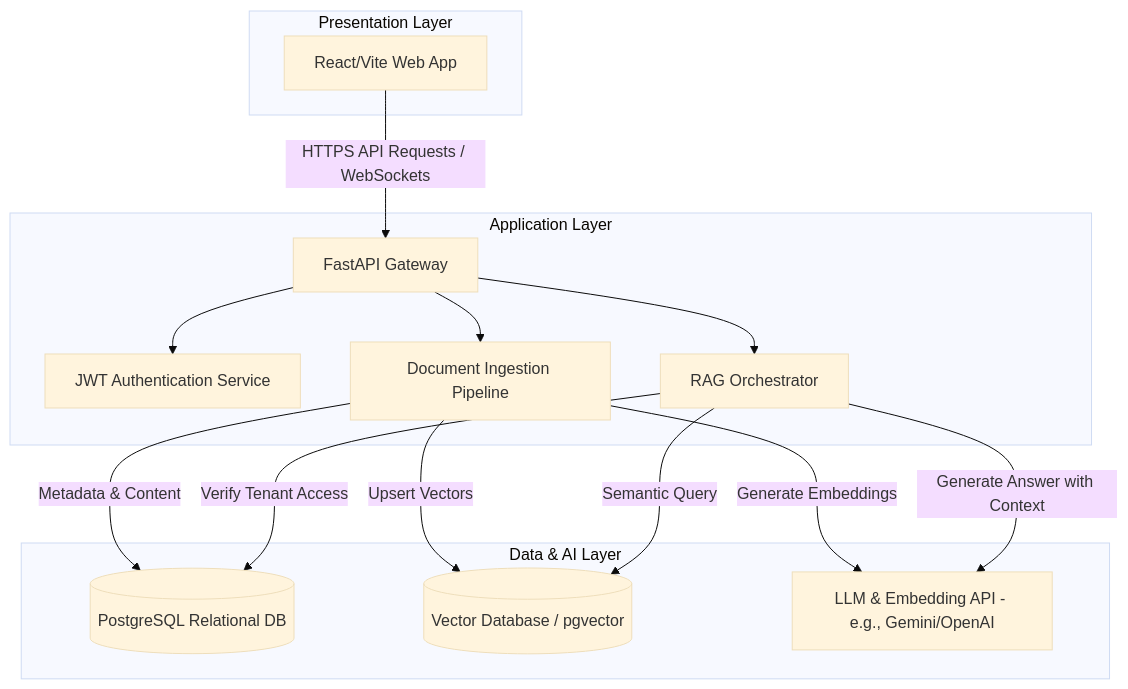
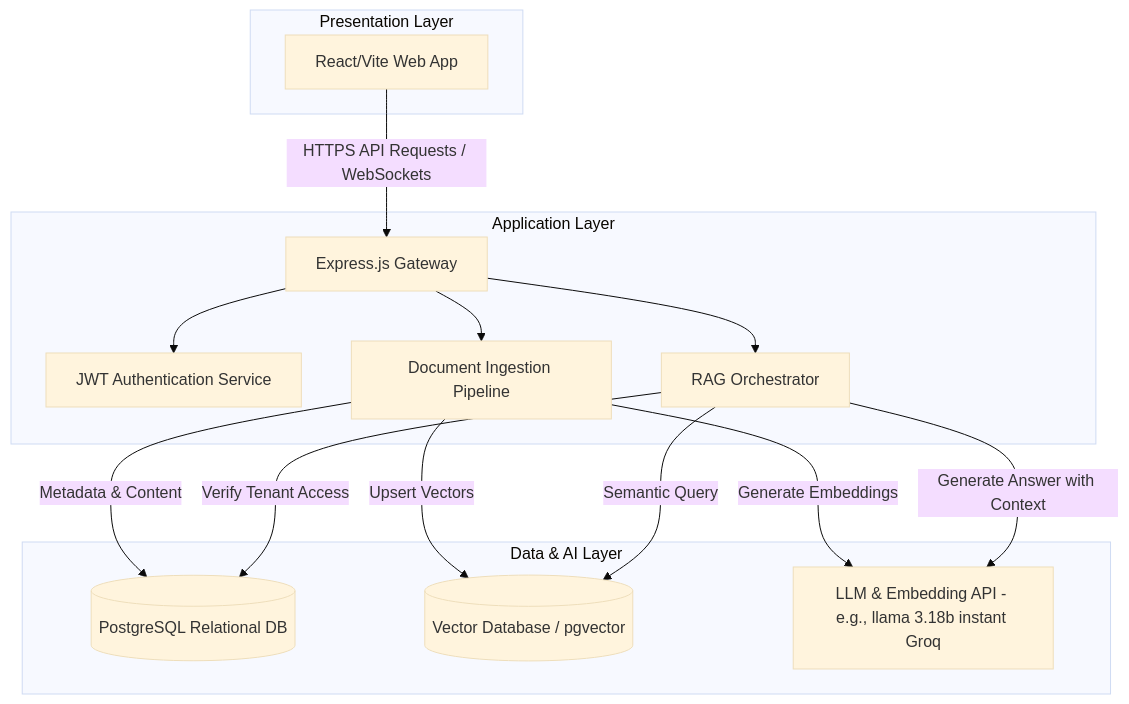
One commit to princePandeyGitHub/NeuraDocs changed the first of 4 diagrams in docs/technical_architecture.md. Above: the diagram before and after it, drawn with Mermaid (base theme). The commit also changed other lines of this file and 61 other files, not shown here.

````diff
--- a/docs/technical_architecture.md
+++ b/docs/technical_architecture.md
@@ -14,36 +14,36 @@
 ```mermaid
 graph TD
     %% Frontend
     subgraph Frontend [Presentation Layer]
         UI[React/Vite Web App]
     end
 
     %% Backend
     subgraph Backend [Application Layer]
-        API[FastAPI Gateway]
+        API[Express.js Gateway]
         Auth[JWT Authentication Service]
         Ingest[Document Ingestion Pipeline]
         RAG[RAG Orchestrator]
     end
 
     %% Data Layer
     subgraph Storage [Data & AI Layer]
         DB[(PostgreSQL Relational DB)]
         VDB[(Vector Database / pgvector)]
-        LLM[LLM & Embedding API - e.g., Gemini/OpenAI]
+        LLM[LLM & Embedding API - e.g., llama 3.18b instant Groq]
     end
 
     %% Interactions
     UI -->|HTTPS API Requests / WebSockets| API
     API --> Auth
     API --> Ingest
     API --> RAG
     
     Ingest -->|Metadata & Content| DB
     Ingest -->|Generate Embeddings| LLM
     Ingest -->|Upsert Vectors| VDB
     
     RAG -->|Verify Tenant Access| DB
     RAG -->|Semantic Query| VDB
     RAG -->|Generate Answer with Context| LLM
 ```
````
